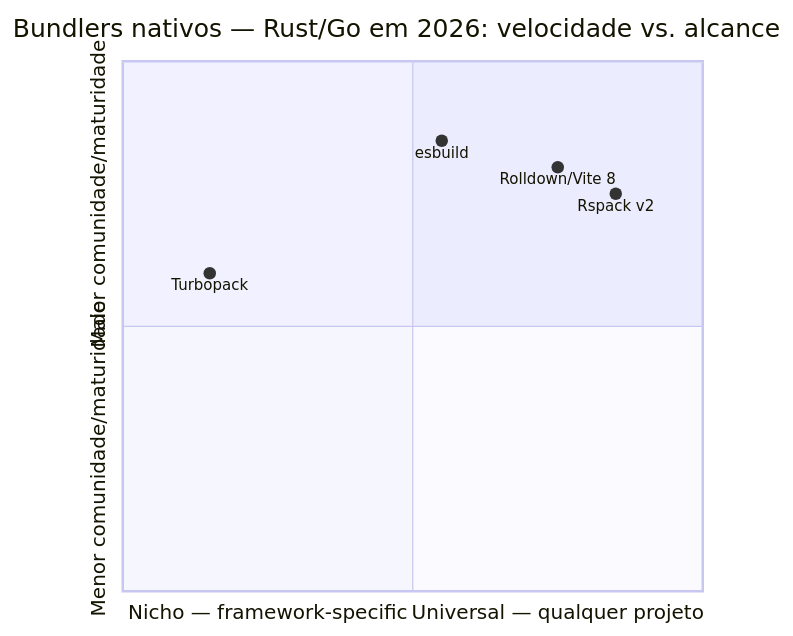
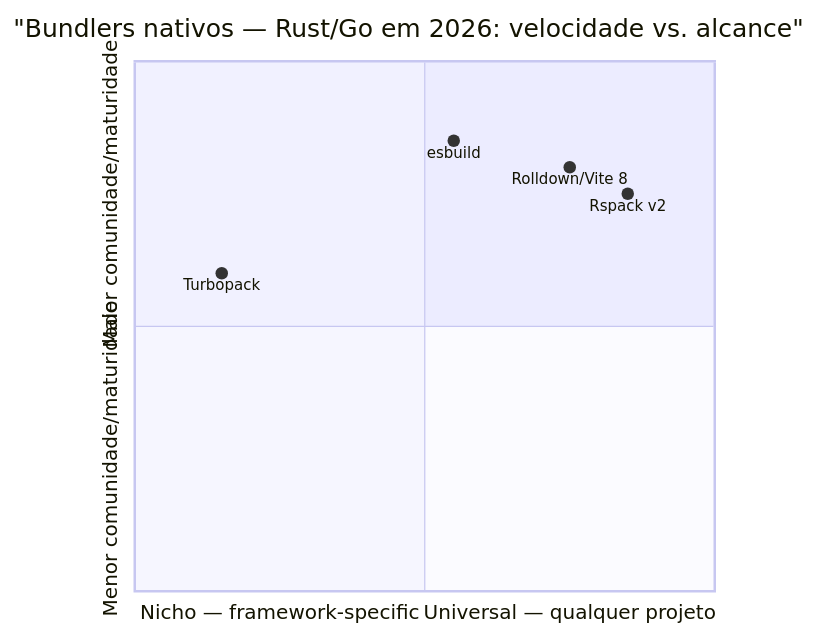
The sixth of 8 diagrams in 03-Dominios/Tecnologia/Tooling e Build/15 - Turbopack, Rspack e a corrida Rust-Go.md (josenaldo/codex-technomanticus), drawn with Mermaid before and after one commit. The commit also changed 30 other files, not shown here.

First line of the commit message:
fix(diagramas): 22 diagramas que não renderizavam por erro de sintaxe

````diff
--- a/03-Dominios/Tecnologia/Tooling e Build/15 - Turbopack, Rspack e a corrida Rust-Go.md
+++ b/03-Dominios/Tecnologia/Tooling e Build/15 - Turbopack, Rspack e a corrida Rust-Go.md
@@ -437,10 +437,10 @@
 ```mermaid
 quadrantChart
-    title Bundlers nativos — Rust/Go em 2026: velocidade vs. alcance
-    x-axis Nicho — framework-specific --> Universal — qualquer projeto
-    y-axis Menor comunidade/maturidade --> Maior comunidade/maturidade
-    Turbopack: [0.15, 0.60]
-    Rspack v2: [0.85, 0.75]
-    Rolldown/Vite 8: [0.75, 0.80]
-    esbuild: [0.55, 0.85]
+    title "Bundlers nativos — Rust/Go em 2026: velocidade vs. alcance"
+    x-axis "Nicho — framework-specific" --> "Universal — qualquer projeto"
+    y-axis "Menor comunidade/maturidade" --> "Maior comunidade/maturidade"
+    "Turbopack": [0.15, 0.60]
+    "Rspack v2": [0.85, 0.75]
+    "Rolldown/Vite 8": [0.75, 0.80]
+    "esbuild": [0.55, 0.85]
 ```
````
